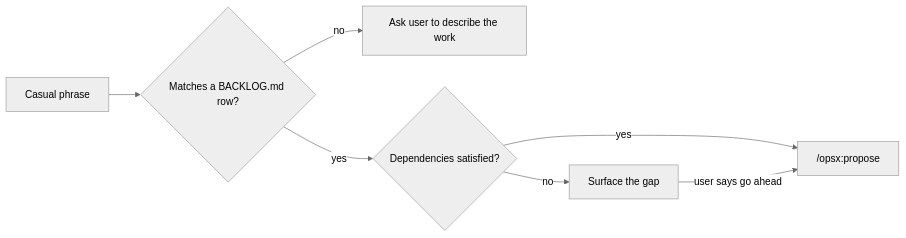
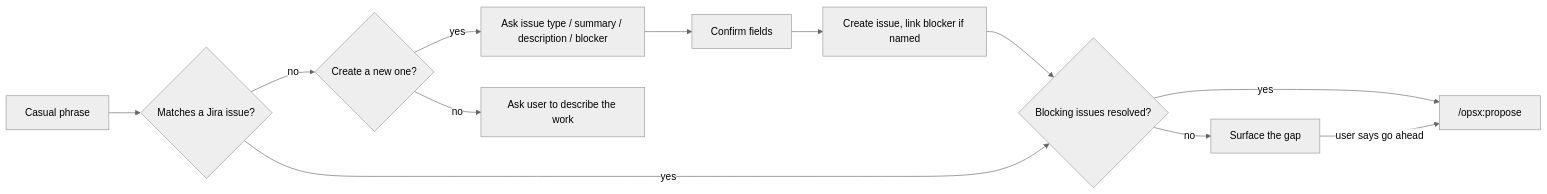
Before and after one commit to uanandu/backlog-match: the diagram in README.md, drawn with Mermaid (neutral theme). The commit also changed other lines of this file and 4 other files, not shown here.

First line of the commit message:
Added JIRA integration for the issues Switch backlog-match to Jira, add create-on-no-match with blocker linking

````diff
--- a/README.md
+++ b/README.md
@@ -38,9 +43,14 @@
 ```mermaid
 flowchart LR
-    A[Casual phrase] --> B{Matches a BACKLOG.md row?}
-    B -- no --> C[Ask user to describe the work]
-    B -- yes --> D{Dependencies satisfied?}
+    A[Casual phrase] --> B{Matches a Jira issue?}
+    B -- no --> G{Create a new one?}
+    G -- yes --> H[Ask issue type / summary / description / blocker]
+    H --> I[Confirm fields]
+    I --> J[Create issue, link blocker if named]
+    J --> D
+    G -- no --> C[Ask user to describe the work]
+    B -- yes --> D{Blocking issues resolved?}
     D -- no --> E[Surface the gap]
     D -- yes --> F["/opsx:propose"]
     E -- user says go ahead --> F
 ```
````
